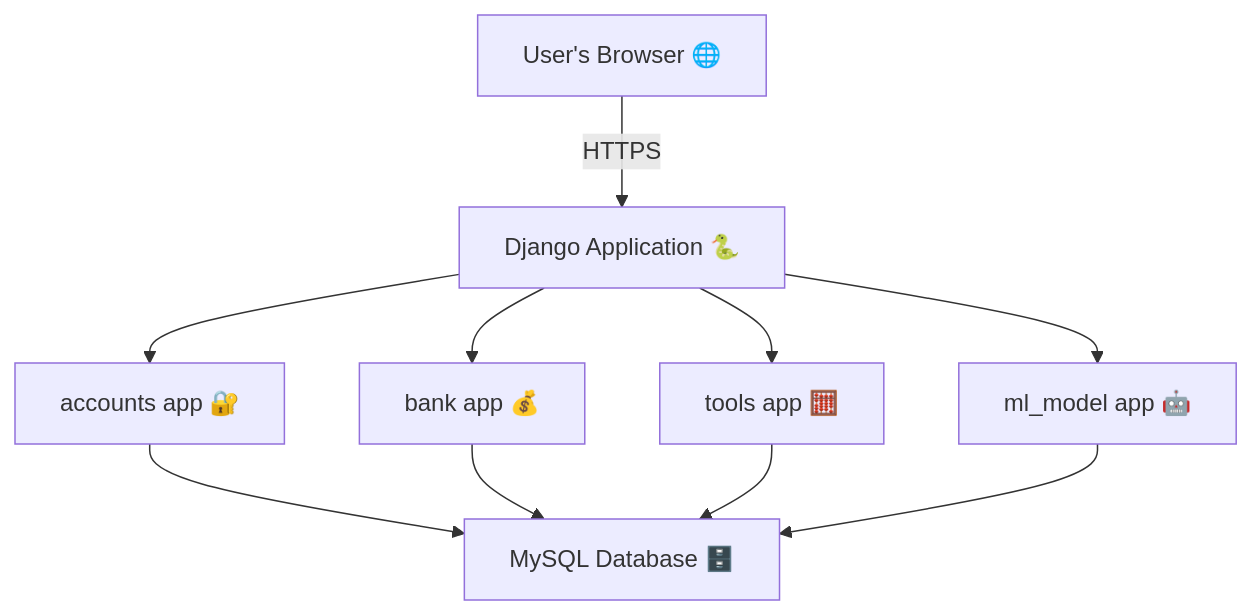
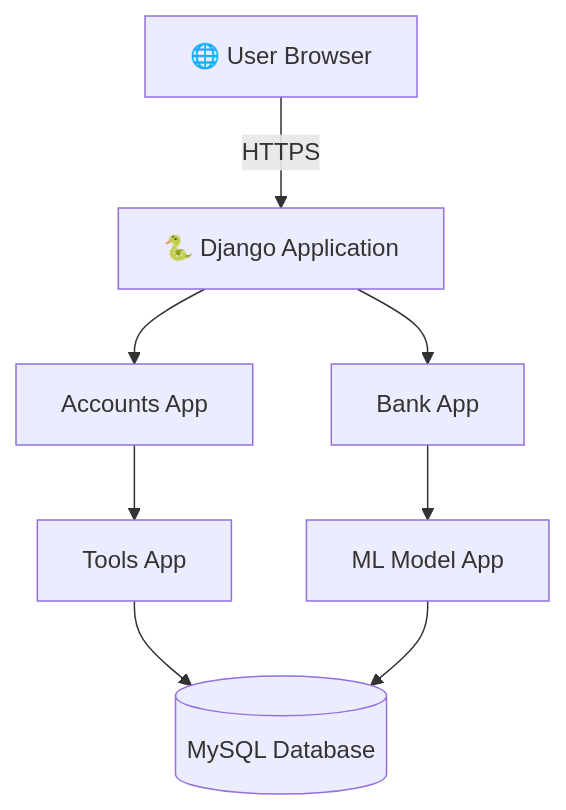
One commit to AnanthanAnil/summa changed the second of 2 diagrams in README.md. Above: the diagram before and after it, drawn with Mermaid. The commit also changed other lines of this file, not shown here.

````diff
--- a/README.md
+++ b/README.md
@@ -192,12 +192,10 @@
 ```mermaid
 graph TD
-    A[User's Browser 🌐] -->|HTTPS| B[Django Application 🐍]
-    B --> C[accounts app 🔐]
-    B --> D[bank app 💰]
-    B --> E[tools app 🧮]
-    B --> F[ml_model app 🤖]
-    C --> G[MySQL Database 🗄️]
-    D --> G
-    E --> G
+    A[🌐 User Browser] -->|HTTPS| B[🐍 Django Application]
+    B --> C[ Accounts App]
+    B --> D[ Bank App]
+    C --> E[ Tools App]
+    D --> F[ ML Model App]
+    E --> G[( MySQL Database)]
     F --> G
 ```
````
